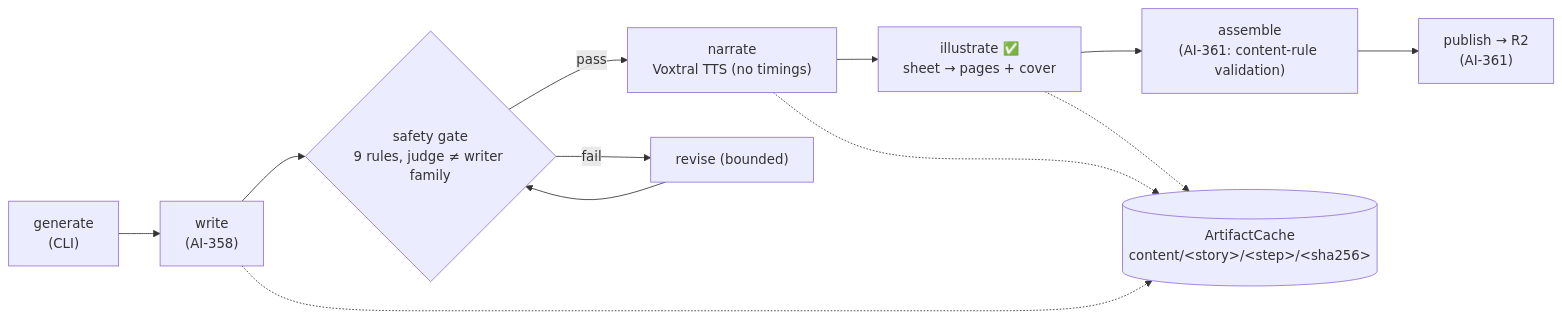
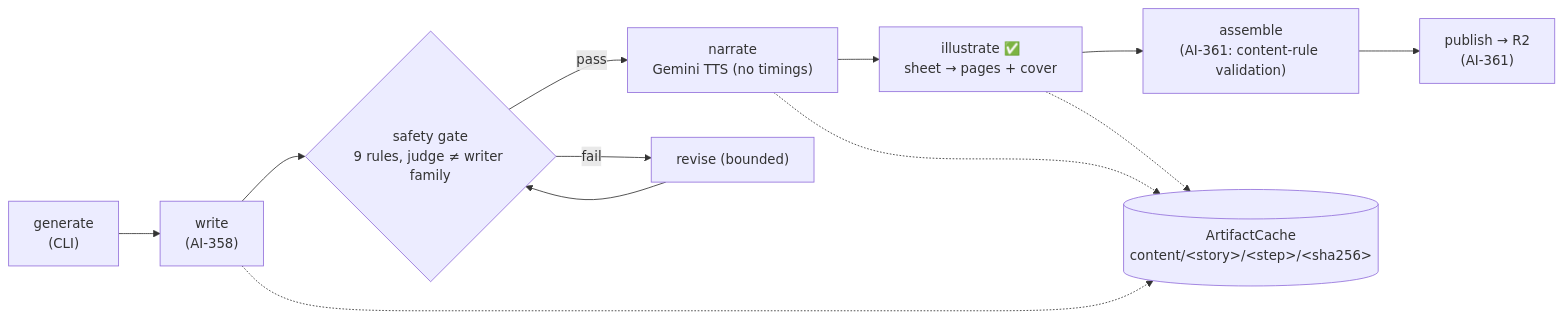
Before and after one commit to darth-dodo/cantastorie: the sixth of 6 diagrams in docs/system-overview.md, drawn with Mermaid. The commit also changed other lines of this file and 10 other files, not shown here.

First line of the commit message:
feat(narration): switch default TTS from Voxtral to Gemini 3.1 Flash via OpenRouter (ADR-008 Phase 2)

````diff
--- a/docs/system-overview.md
+++ b/docs/system-overview.md
@@ -174,16 +174,16 @@
 ```mermaid
 flowchart LR
     G["generate<br/>(CLI)"] --> W["write<br/>(AI-358)"]
     W --> SG{"safety gate<br/>9 rules, judge ≠ writer family"}
-    SG -- pass --> N["narrate<br/>Voxtral TTS (no timings)"]
+    SG -- pass --> N["narrate<br/>Gemini TTS (no timings)"]
     SG -- fail --> RV["revise (bounded)"]
     RV --> SG
     N --> I["illustrate ✅<br/>sheet → pages + cover"]
     I --> A["assemble<br/>(AI-361: content-rule validation)"]
     A --> PB["publish → R2<br/>(AI-361)"]
 
     Cache[("ArtifactCache<br/>content/&lt;story&gt;/&lt;step&gt;/&lt;sha256&gt;")]
     W -.-> Cache
     N -.-> Cache
     I -.-> Cache
 ```
````
